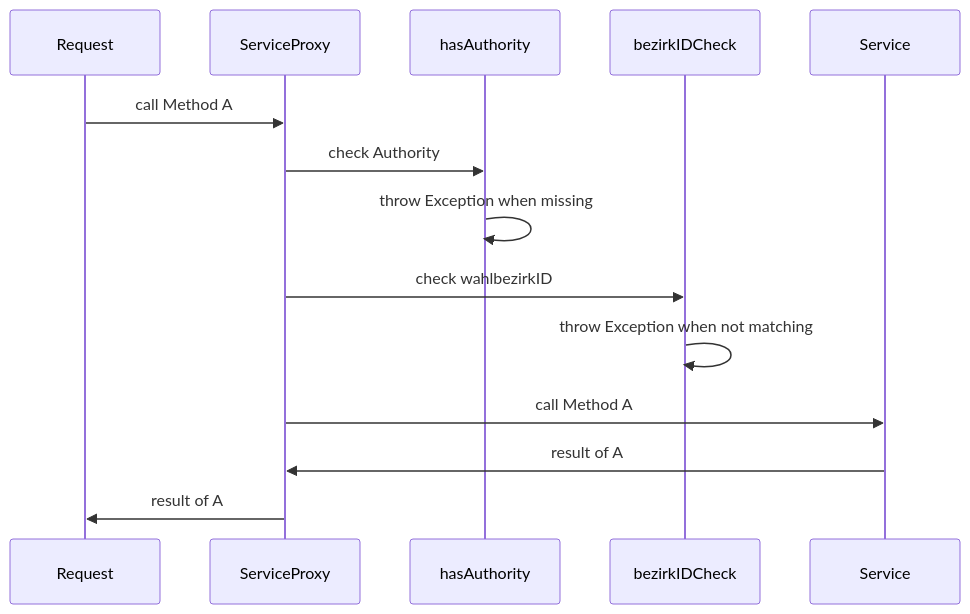
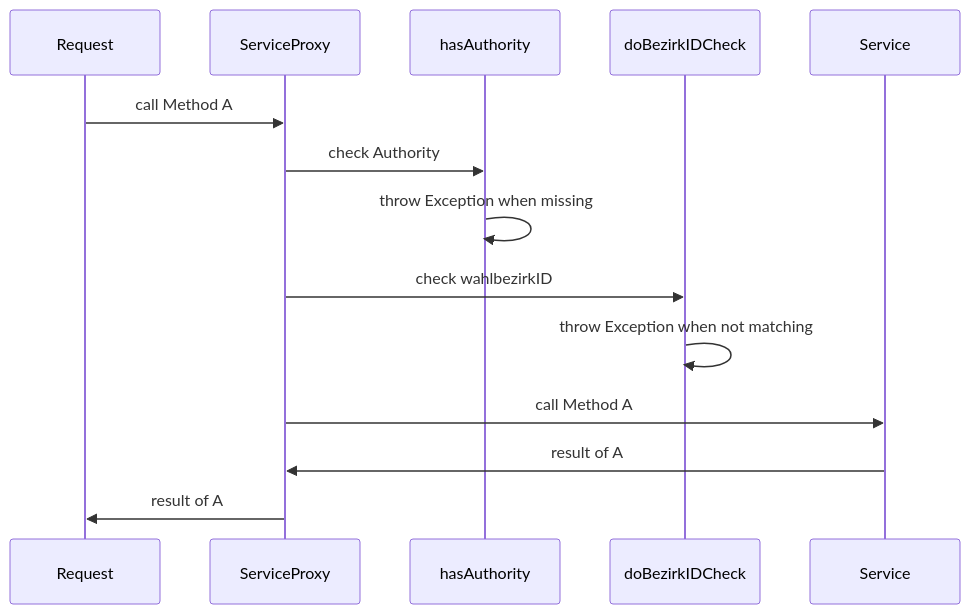
One commit to it-at-m/Wahllokalsystem changed the third of 6 diagrams in docs/src/technik/systemspecification/index.md. Above: the diagram before and after it, drawn with Mermaid. The commit also changed other lines of this file and 1 other file, not shown here.

````diff
--- a/docs/src/technik/systemspecification/index.md
+++ b/docs/src/technik/systemspecification/index.md
@@ -95,22 +95,22 @@
 ```mermaid
 
 sequenceDiagram
     participant request as Request
     participant proxy as ServiceProxy
     participant hasAuthority
-    participant bezirkIDCheck
+    participant bezirkIDCheck as doBezirkIDCheck
     participant service as Service
 
     request ->> proxy : call Method A
     
     proxy ->> hasAuthority : check Authority
     hasAuthority ->> hasAuthority : throw Exception when missing
 
     proxy ->> bezirkIDCheck : check wahlbezirkID
     bezirkIDCheck ->> bezirkIDCheck : throw Exception when not matching
 
     proxy ->> service : call Method A
     service ->> proxy : result of A
     proxy ->> request : result of A
 
 ```
````
